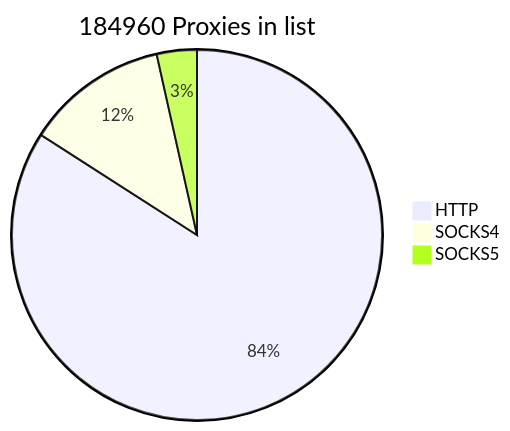
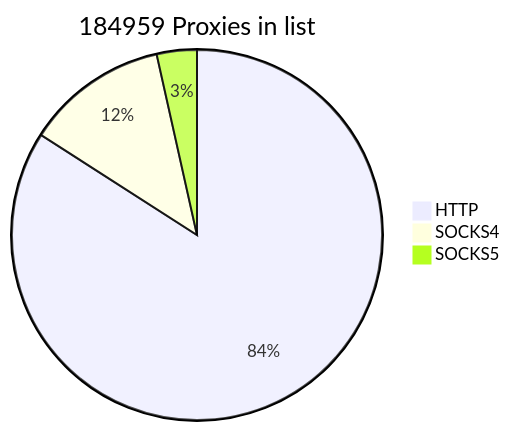
One commit to cutipu/proxylist changed the first of 2 diagrams in README.md. Above: the diagram before and after it, drawn with Mermaid. The commit also changed other lines of this file, not shown here.

````diff
--- a/README.md
+++ b/README.md
@@ -2,7 +2,7 @@
 ```mermaid
-pie title 184960 Proxies in list
+pie title 184959 Proxies in list
     "HTTP" : 155506
-    "SOCKS4" : 22985
+    "SOCKS4" : 22984
     "SOCKS5" : 6469
             
 ```
````
